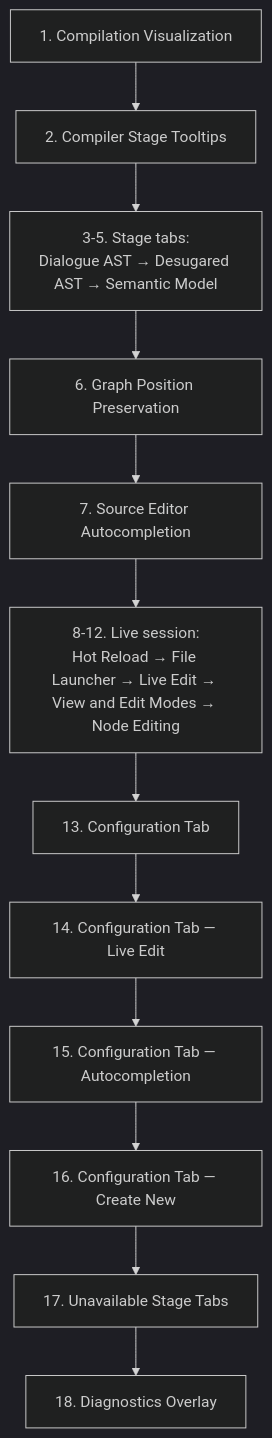
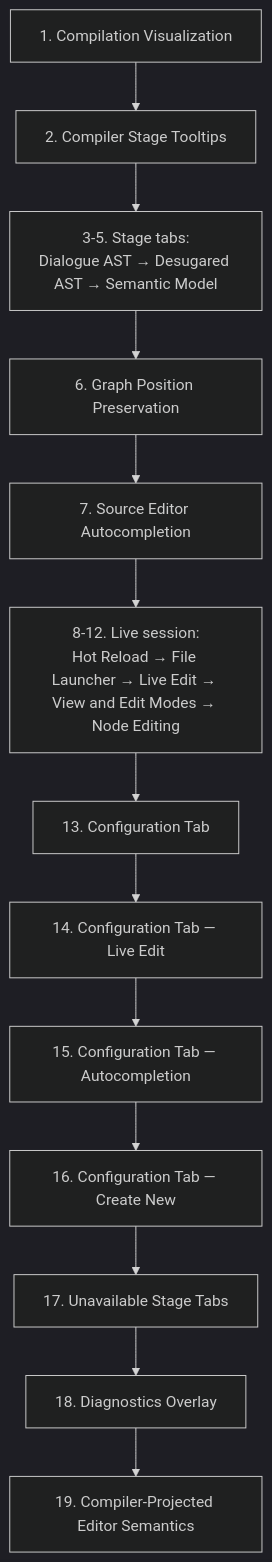
The third of 4 diagrams in docs/contributing/design-notes/README.md (pengzhengyi/godot-dialoguedown), drawn with Mermaid (dark theme) before and after one commit. The commit also changed other lines of this file and 4 other files, not shown here.

First line of the commit message:
docs(projected-editor): mark the note implemented and log the change

````diff
--- a/docs/contributing/design-notes/README.md
+++ b/docs/contributing/design-notes/README.md
@@ -119,14 +119,15 @@
 ```mermaid
 flowchart TB
     CV["1. Compilation Visualization"] --> TT["2. Compiler Stage Tooltips"]
     TT --> TABS["3-5. Stage tabs:<br/>Dialogue AST → Desugared AST → Semantic Model"]
     TABS --> GX["6. Graph Position Preservation"]
     GX --> AC["7. Source Editor Autocompletion"]
     AC --> LIVE["8-12. Live session:<br/>Hot Reload → File Launcher → Live Edit → View and Edit Modes → Node Editing"]
     LIVE --> CFG["13. Configuration Tab"]
     CFG --> CFGLE["14. Configuration Tab — Live Edit"]
     CFGLE --> CFGAC["15. Configuration Tab — Autocompletion"]
     CFGAC --> CFGCN["16. Configuration Tab — Create New"]
     CFGCN --> UST["17. Unavailable Stage Tabs"]
     UST --> DGO["18. Diagnostics Overlay"]
+    DGO --> CPE["19. Compiler-Projected Editor Semantics"]
 ```
````
